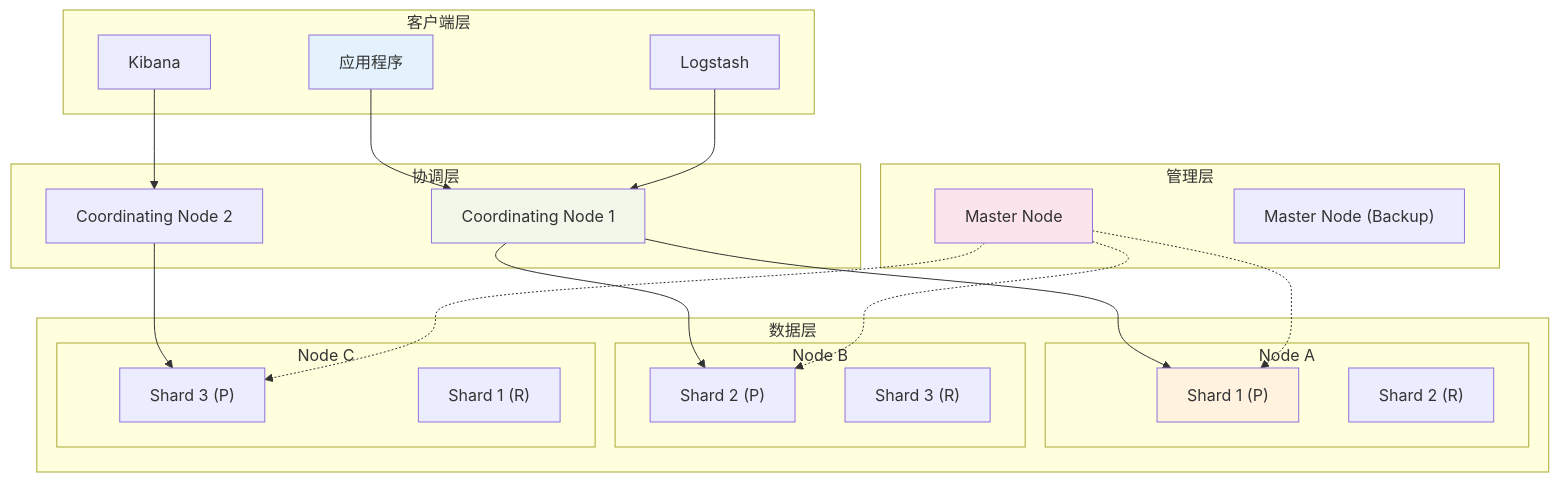
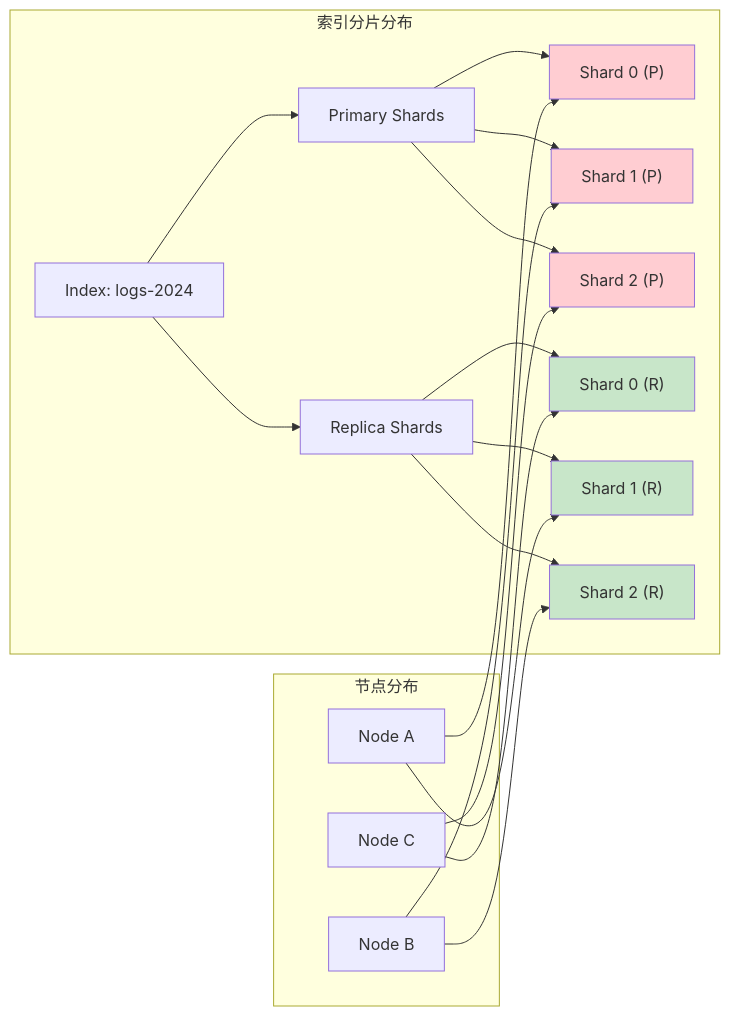
One commit to ralph-wren/TechStack-Handbook changed the third of 30 diagrams in 32.elasticsearch.md. Above: the diagram before and after it, drawn with Mermaid. The commit also changed other lines of this file and 2 other files, not shown here.

````diff
--- a/32.elasticsearch.md
+++ b/32.elasticsearch.md
@@ -178,50 +197,33 @@
 ```mermaid
-graph TB
-    subgraph "客户端层"
-        C1["应用程序"]
-        C2["Kibana"]
-        C3["Logstash"]
+graph LR
+    subgraph "索引分片分布"
+        A["Index: logs-2024"] --> B["Primary Shards"]
+        A --> C["Replica Shards"]
+        
+        B --> B1["Shard 0 (P)"]
+        B --> B2["Shard 1 (P)"]
+        B --> B3["Shard 2 (P)"]
+        
+        C --> C1["Shard 0 (R)"]
+        C --> C2["Shard 1 (R)"]
+        C --> C3["Shard 2 (R)"]
     end
     
-    subgraph "协调层"
-        N1["Coordinating Node 1"]
-        N2["Coordinating Node 2"]
+    subgraph "节点分布"
+        N1["Node A"] --> B1
+        N1 --> C2
+        
+        N2["Node B"] --> B2
+        N2 --> C3
+        
+        N3["Node C"] --> B3
+        N3 --> C1
     end
     
-    subgraph "数据层"
-        subgraph "Node A"
-            S1["Shard 1 (P)"]
-            S4["Shard 2 (R)"]
-        end
-        subgraph "Node B"
-            S2["Shard 2 (P)"]
-            S5["Shard 3 (R)"]
-        end
-        subgraph "Node C"
-            S3["Shard 3 (P)"]
-            S6["Shard 1 (R)"]
-        end
-    end
-    
-    subgraph "管理层"
-        M1["Master Node"]
-        M2["Master Node (Backup)"]
-    end
-    
-    C1 --> N1
-    C2 --> N2
-    C3 --> N1
-    
-    N1 --> S1
-    N1 --> S2
-    N2 --> S3
-    
-    M1 -.-> S1
-    M1 -.-> S2
-    M1 -.-> S3
-    
-    style C1 fill:#e3f2fd
-    style N1 fill:#f1f8e9
-    style S1 fill:#fff3e0
-    style M1 fill:#fce4ec
+    style B1 fill:#ffcdd2
+    style B2 fill:#ffcdd2
+    style B3 fill:#ffcdd2
+    style C1 fill:#c8e6c9
+    style C2 fill:#c8e6c9
+    style C3 fill:#c8e6c9
 ```
````
